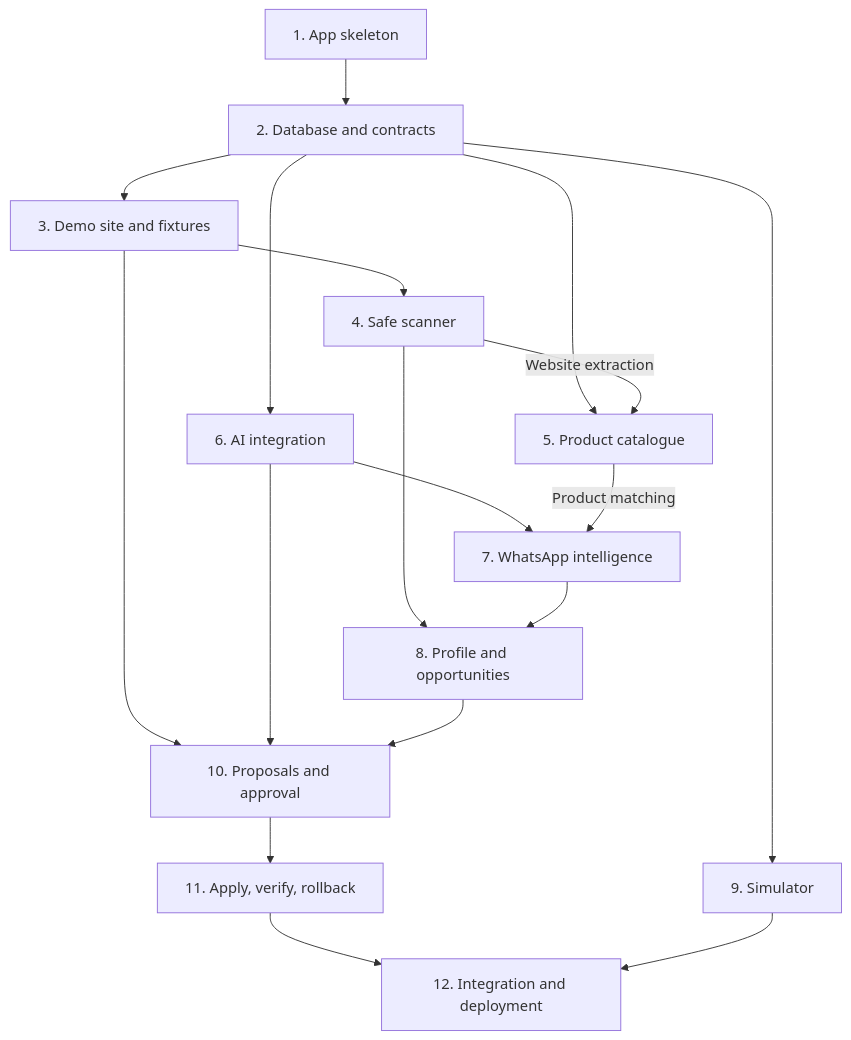
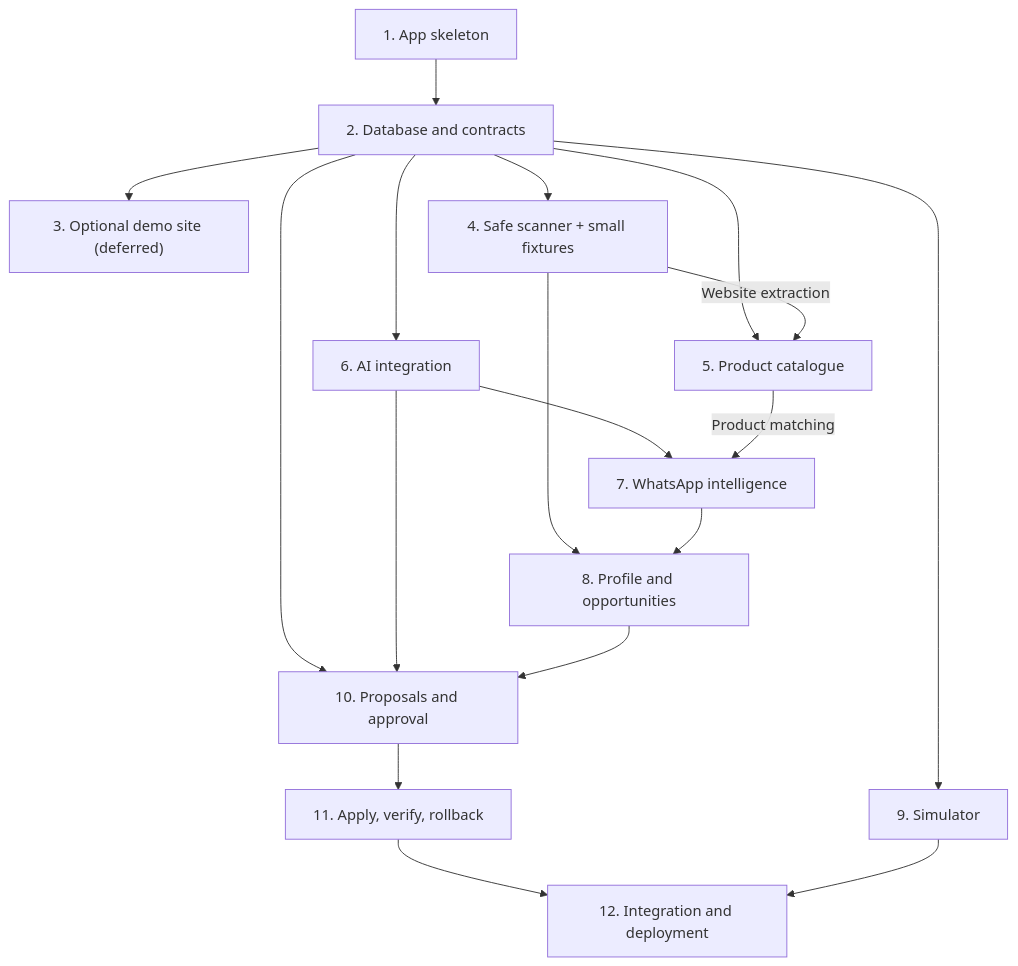
One commit to srushti-learner/GrowthPulse changed the diagram in plan.md. Above: the diagram before and after it, drawn with Mermaid. The commit also changed other lines of this file and 134 other files, not shown here.

````diff
--- a/plan.md
+++ b/plan.md
@@ -63,20 +112,20 @@
 ```mermaid
 flowchart TD
     A["1. App skeleton"] --> B["2. Database and contracts"]
-    B --> C["3. Demo site and fixtures"]
-    C --> D["4. Safe scanner"]
+    B --> C["3. Optional demo site (deferred)"]
+    B --> D["4. Safe scanner + small fixtures"]
     B --> E["5. Product catalogue"]
     D -->|Website extraction| E
     B --> F["6. AI integration"]
     F --> G["7. WhatsApp intelligence"]
     E -->|Product matching| G
     D --> H["8. Profile and opportunities"]
     G --> H
     B --> I["9. Simulator"]
-    C --> J["10. Proposals and approval"]
+    B --> J["10. Proposals and approval"]
     F --> J
     H --> J
     J --> K["11. Apply, verify, rollback"]
     K --> L["12. Integration and deployment"]
     I --> L
 ```
````
